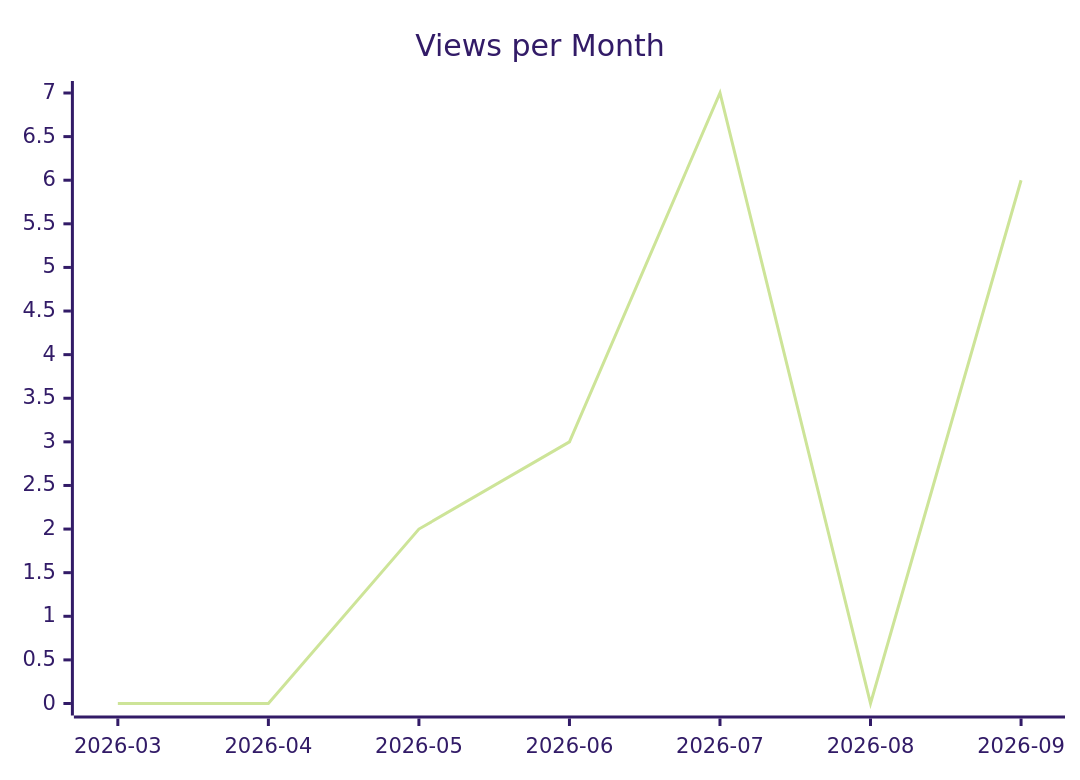
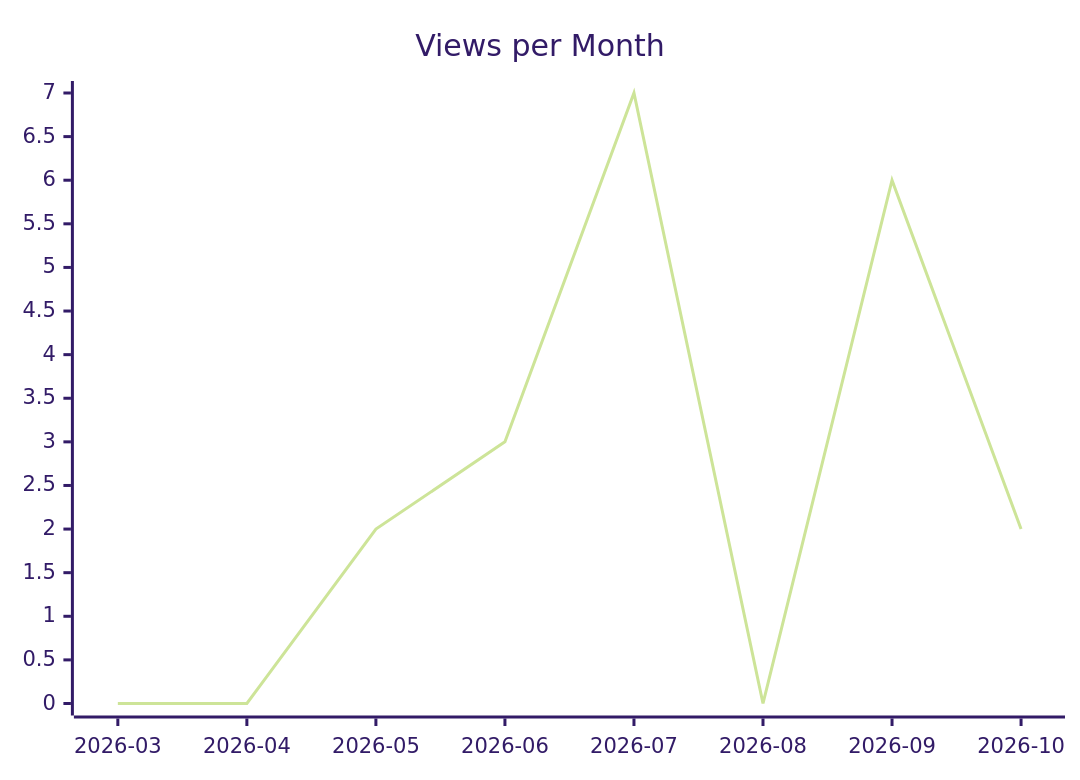
One commit to justdavis-family/github-analytics-data changed the second of 3 diagrams in karlmdavis/justdavis-karl/README.md. Above: the diagram before and after it, drawn with Mermaid (forest theme). The commit also changed other lines of this file and 202 other files, not shown here.

````diff
--- a/karlmdavis/justdavis-karl/README.md
+++ b/karlmdavis/justdavis-karl/README.md
@@ -12,6 +12,6 @@
 ```mermaid
 xychart-beta
   title "Views per Month"
-  x-axis ["2026-03", "2026-04", "2026-05", "2026-06", "2026-07", "2026-08", "2026-09"]
-  line [0, 0, 2, 3, 7, 0, 6]
+  x-axis ["2026-03", "2026-04", "2026-05", "2026-06", "2026-07", "2026-08", "2026-09", "2026-10"]
+  line [0, 0, 2, 3, 7, 0, 6, 2]
 ```
````
